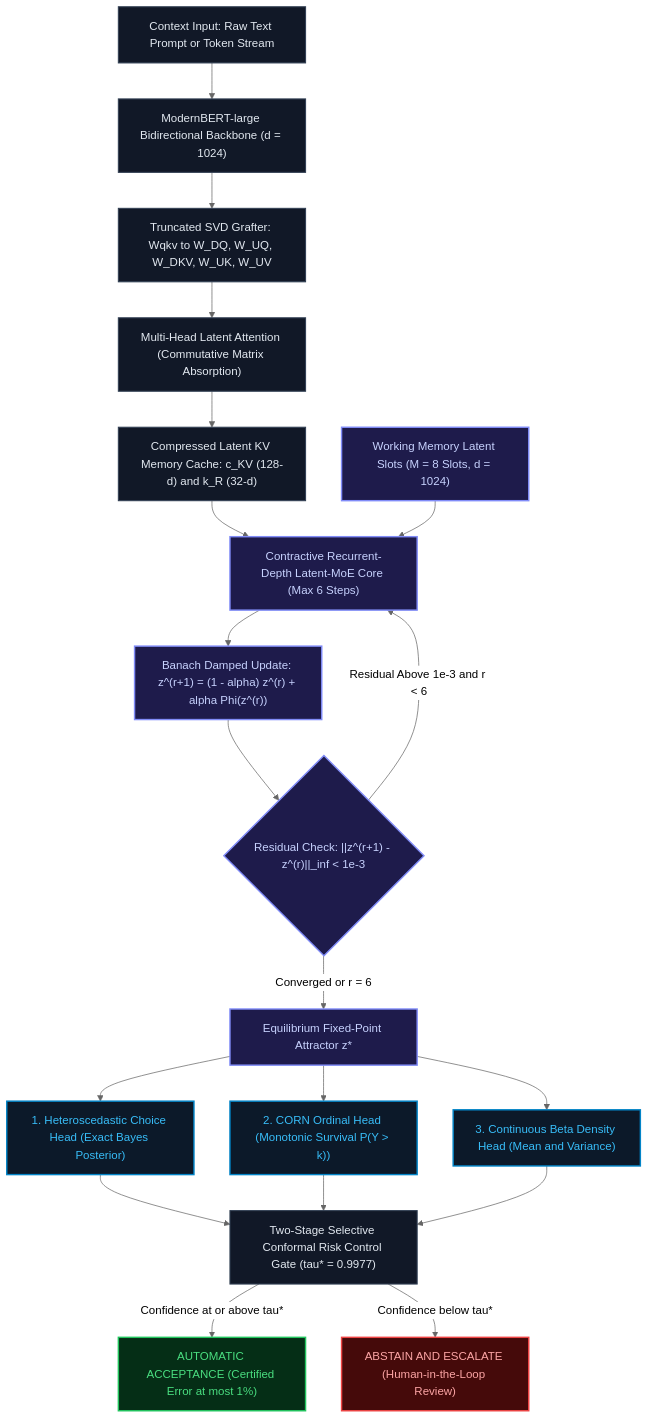
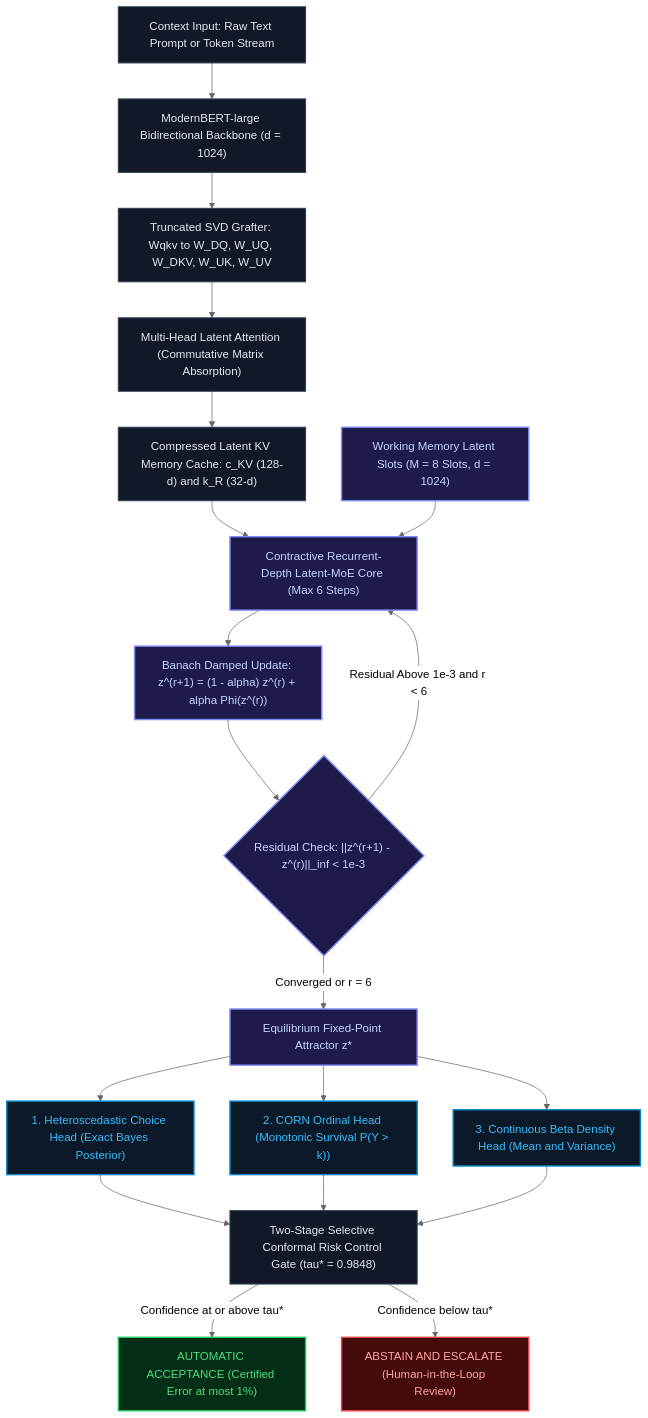
Before and after one commit to KanavjeetS/Equilibrium-Latent-MoE-Decision-Engine-ELMDE-: the diagram in README.md, drawn with Mermaid (neutral theme). The commit also changed other lines of this file and 5 other files, not shown here.

````diff
--- a/README.md
+++ b/README.md
@@ -193,38 +73,38 @@
 ```mermaid
 flowchart TD
     In["Context Input: Raw Text Prompt or Token Stream"] --> Enc["ModernBERT-large Bidirectional Backbone (d = 1024)"]
     Enc --> SVD["Truncated SVD Grafter: Wqkv to W_DQ, W_UQ, W_DKV, W_UK, W_UV"]
     SVD --> MLA["Multi-Head Latent Attention (Commutative Matrix Absorption)"]
     MLA --> Bank["Compressed Latent KV Memory Cache: c_KV (128-d) and k_R (32-d)"]
     
     Bank --> Core["Contractive Recurrent-Depth Latent-MoE Core (Max 6 Steps)"]
     Slots["Working Memory Latent Slots (M = 8 Slots, d = 1024)"] --> Core
     Core --> Banach["Banach Damped Update: z^(r+1) = (1 - alpha) z^(r) + alpha Phi(z^(r))"]
     Banach --> Residual{"Residual Check: ||z^(r+1) - z^(r)||_inf < 1e-3"}
     Residual -->|"Residual Above 1e-3 and r < 6"| Core
     Residual -->|"Converged or r = 6"| ZStar["Equilibrium Fixed-Point Attractor z*"]
     
     ZStar --> H1["1. Heteroscedastic Choice Head (Exact Bayes Posterior)"]
     ZStar --> H2["2. CORN Ordinal Head (Monotonic Survival P(Y > k))"]
     ZStar --> H3["3. Continuous Beta Density Head (Mean and Variance)"]
     
-    H1 --> Gate["Two-Stage Selective Conformal Risk Control Gate (tau* = 0.9977)"]
+    H1 --> Gate["Two-Stage Selective Conformal Risk Control Gate (tau* = 0.9848)"]
     H2 --> Gate
     H3 --> Gate
     
     Gate -->|"Confidence at or above tau*"| Acc["AUTOMATIC ACCEPTANCE (Certified Error at most 1%)"]
     Gate -->|"Confidence below tau*"| Esc["ABSTAIN AND ESCALATE (Human-in-the-Loop Review)"]
 
     classDef default fill:#111827,stroke:#334155,stroke-width:1.5px,color:#e2e8f0;
     classDef core fill:#1e1b4b,stroke:#818cf8,stroke-width:2px,color:#c7d2fe;
     classDef head fill:#0c1929,stroke:#0284c7,stroke-width:2px,color:#38bdf8;
     classDef accept fill:#052e16,stroke:#22c55e,stroke-width:2px,color:#4ade80;
     classDef escalate fill:#450a0a,stroke:#ef4444,stroke-width:2px,color:#fca5a5;
 
     class In,Enc,SVD,MLA,Bank default;
     class Core,Slots,Banach,Residual,ZStar core;
     class H1,H2,H3 head;
     class Gate default;
     class Acc accept;
     class Esc escalate;
 ```
````
